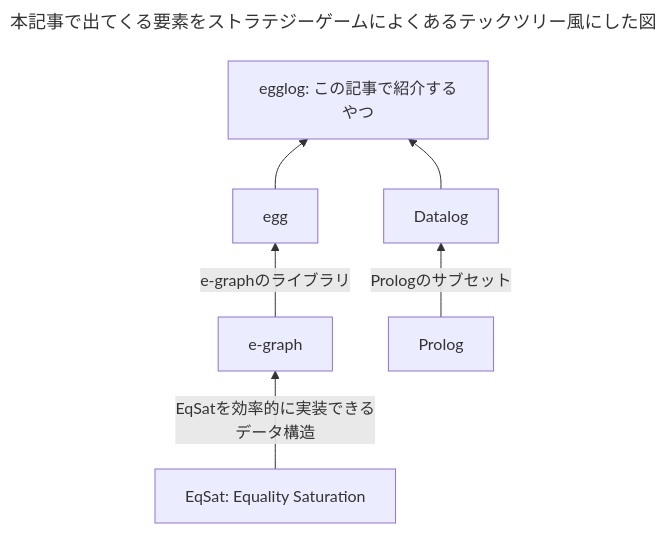
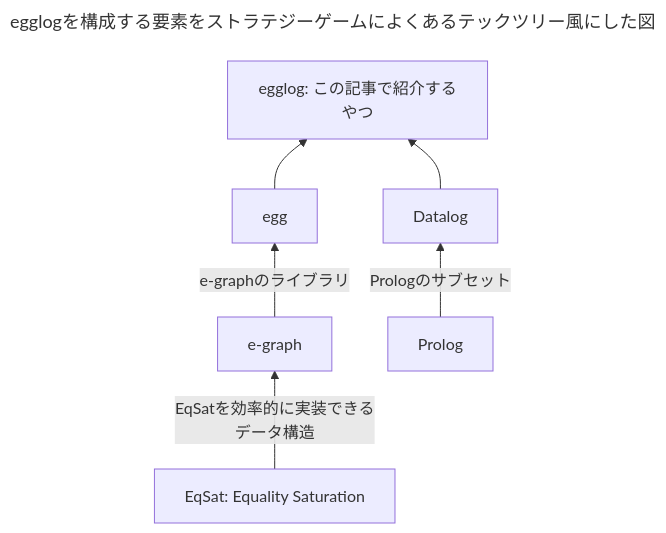
The diagram in articles/5c4df054704999.md (hatoo/zenn-content), drawn with Mermaid before and after one commit.

````diff
--- a/articles/5c4df054704999.md
+++ b/articles/5c4df054704999.md
@@ -15,11 +15,11 @@
 ```mermaid
 ---
-title: 本記事で出てくる要素をストラテジーゲームによくあるテックツリー風にした図
+title: egglogを構成する要素をストラテジーゲームによくあるテックツリー風にした図
 ---
 flowchart BT
     e-graph -->|e-graphのライブラリ| egg
     egg --> egglog
     EqSat[EqSat: Equality Saturation] -->|EqSatを効率的に実装できるデータ構造| e-graph
     Datalog --> egglog[egglog: この記事で紹介するやつ]
     Prolog -->|Prologのサブセット| Datalog
 ```
````
